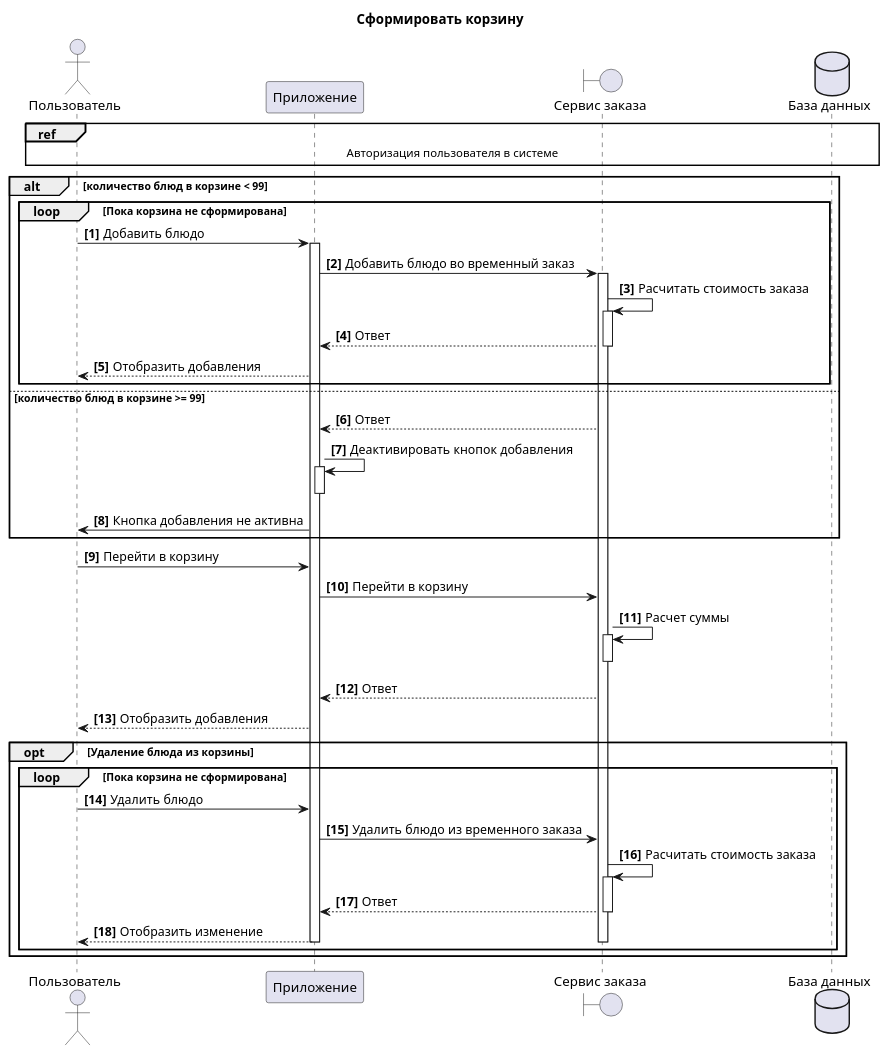
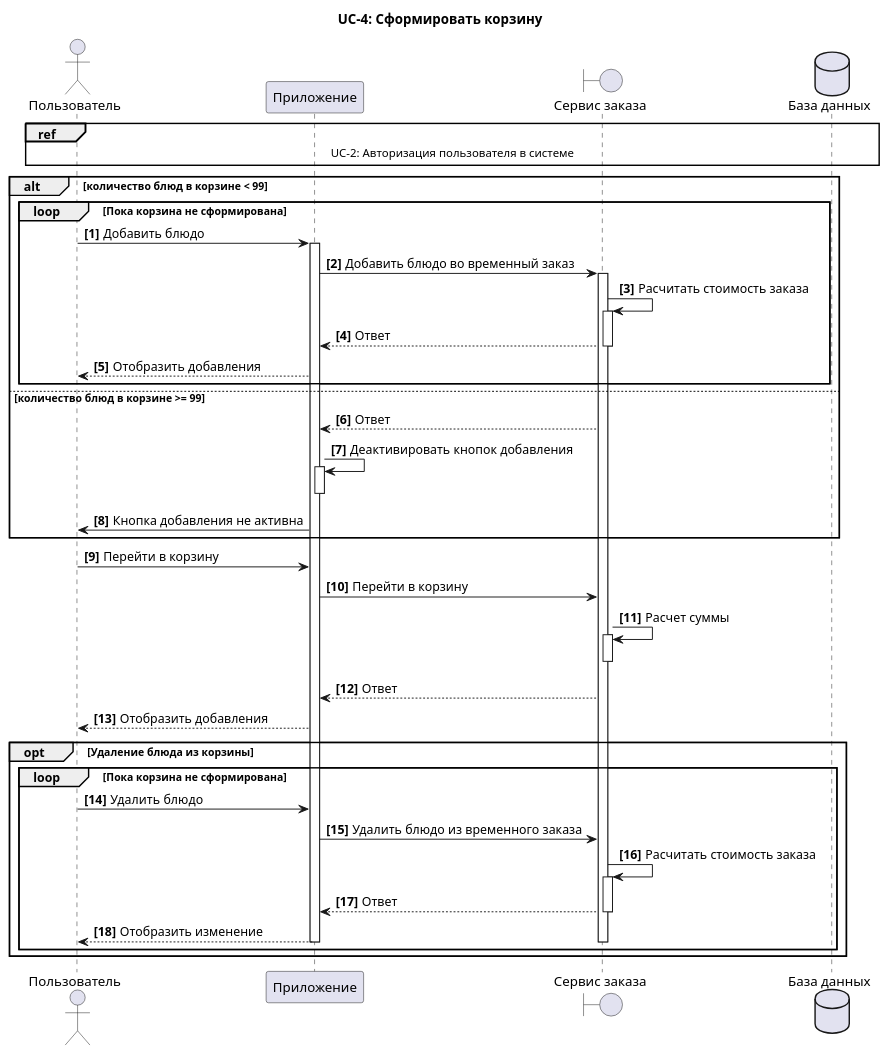
Before and after one commit to Mimitrii/RoboPoint: the diagram in 5_UML/UC_4_CreateBasket.wsd, drawn with PlantUML. The commit also changed 11 other files, not shown here.

```diff
--- a/5_UML/UC_4_CreateBasket.wsd
+++ b/5_UML/UC_4_CreateBasket.wsd
@@ -1,46 +1,47 @@
 @startuml
-title Сформировать корзину
+title UC-4: Сформировать корзину
 actor "Пользователь" as U 
 participant  "Приложение" as A 
 boundary "Сервис заказа" as S
 dataBase "База данных" as DB 
 autonumber "<b>[0]"  
 
 ref over U,A,S,DB
-Авторизация пользователя в системе
+UC-2: Авторизация пользователя в системе
 end ref
 
 alt количество блюд в корзине < 99
 loop Пока корзина не сформирована 
 U->A++: Добавить блюдо 
 A->S++: Добавить блюдо во временный заказ
 S->S++: Расчитать стоимость заказа
 S-->A--:Ответ
 A-->U: Отобразить добавления
 end
 else количество блюд в корзине >= 99
 S-->A:Ответ
 A->A++: Деактивировать кнопок добавления
 A--
 A->U: Кнопка добавления не активна
 end
 
 U->A: Перейти в корзину 
 A->S: Перейти в корзину
 S->S++: Расчет суммы 
 S--
 S-->A:Ответ
 A-->U: Отобразить добавления
 
 opt Удаление блюда из корзины
 loop Пока корзина не сформирована 
 U->A: Удалить блюдо 
 A->S: Удалить блюдо из временного заказа
 S->S++: Расчитать стоимость заказа
 S-->A--:Ответ
 A-->U: Отобразить изменение
 A--
 S--
 end
 end
+
 @enduml
```
